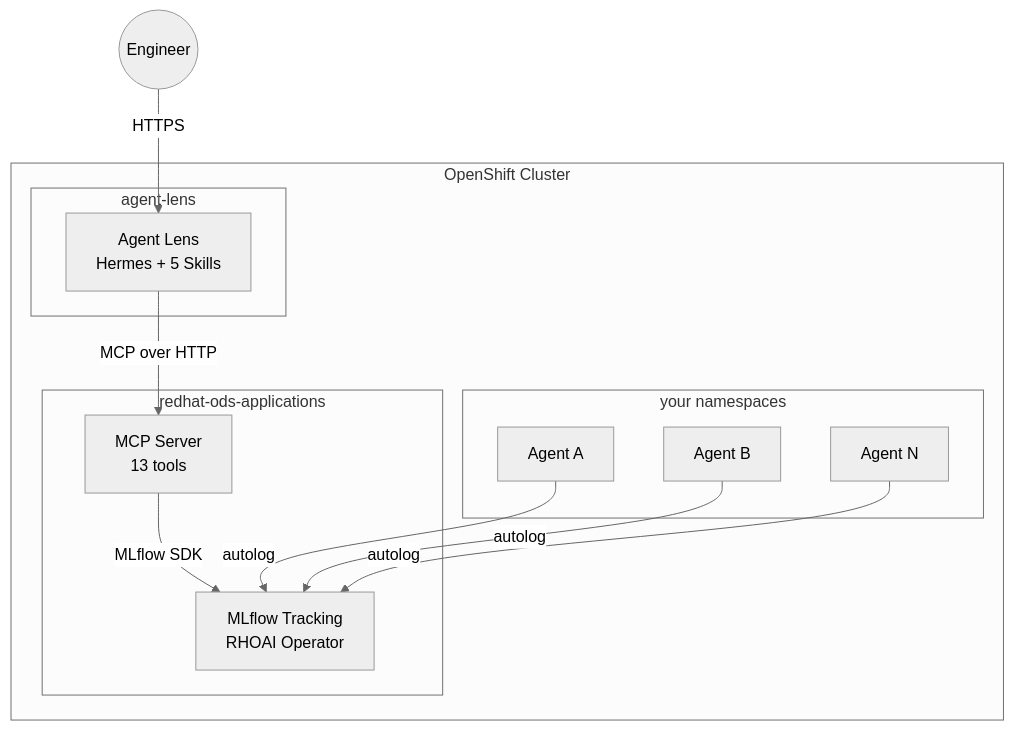
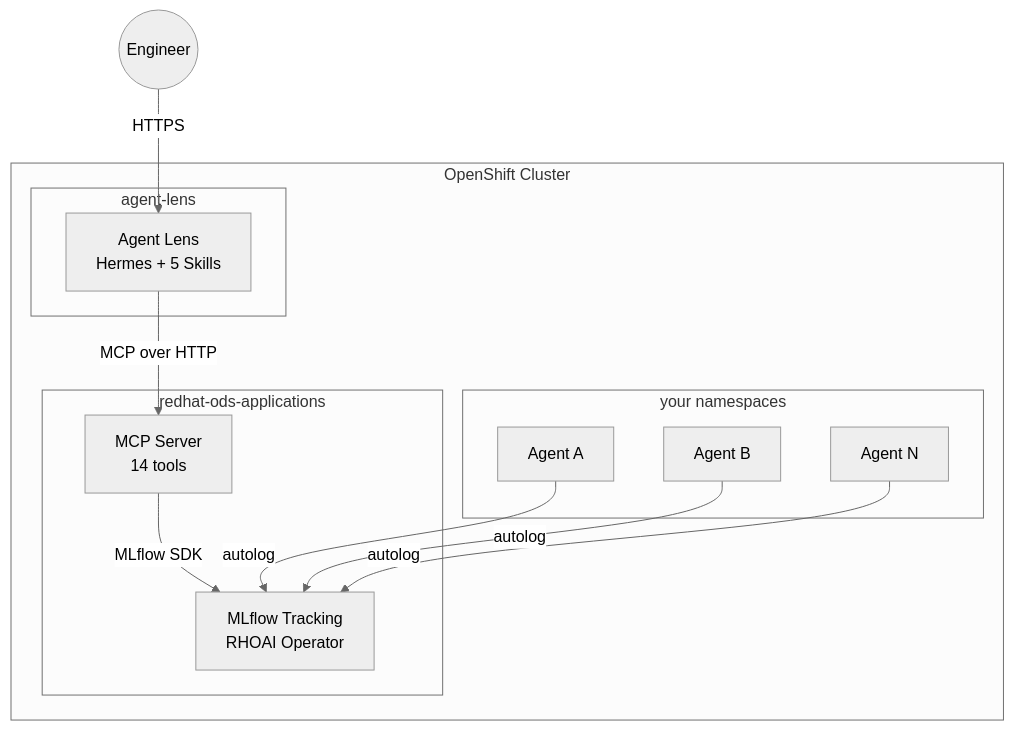
One commit to rrbanda/agent-lens changed the second of 2 diagrams in README.md. Above: the diagram before and after it, drawn with Mermaid. The commit also changed other lines of this file, not shown here.

Commit message:
Docs: note 14 MCP tools including health summary.

````diff
--- a/README.md
+++ b/README.md
@@ -117,21 +117,21 @@
 ```mermaid
 %%{init: {'theme': 'neutral'}}%%
 graph TB
     subgraph cluster[OpenShift Cluster]
         subgraph ns1[agent-lens]
             Agent[Agent Lens<br/>Hermes + 5 Skills]
         end
         subgraph ns2[redhat-ods-applications]
-            MCP[MCP Server<br/>13 tools]
+            MCP[MCP Server<br/>14 tools]
             MLflow[MLflow Tracking<br/>RHOAI Operator]
         end
         subgraph ns3[your namespaces]
             A1[Agent A] & A2[Agent B] & A3[Agent N]
         end
     end
 
     User((Engineer)) -->|HTTPS| Agent
     Agent -->|MCP over HTTP| MCP
     MCP -->|MLflow SDK| MLflow
     A1 & A2 & A3 -->|autolog| MLflow
 ```
````
